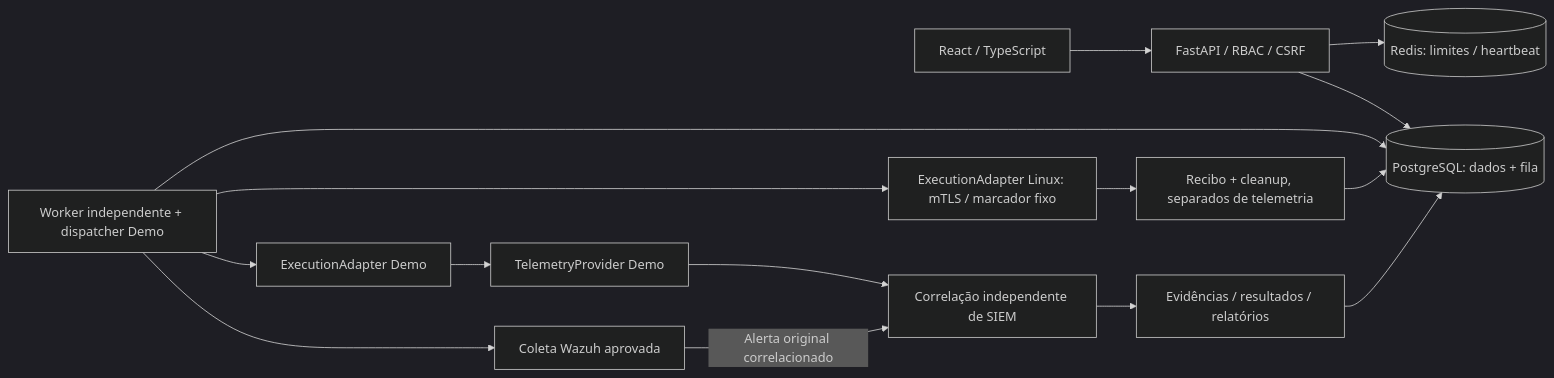
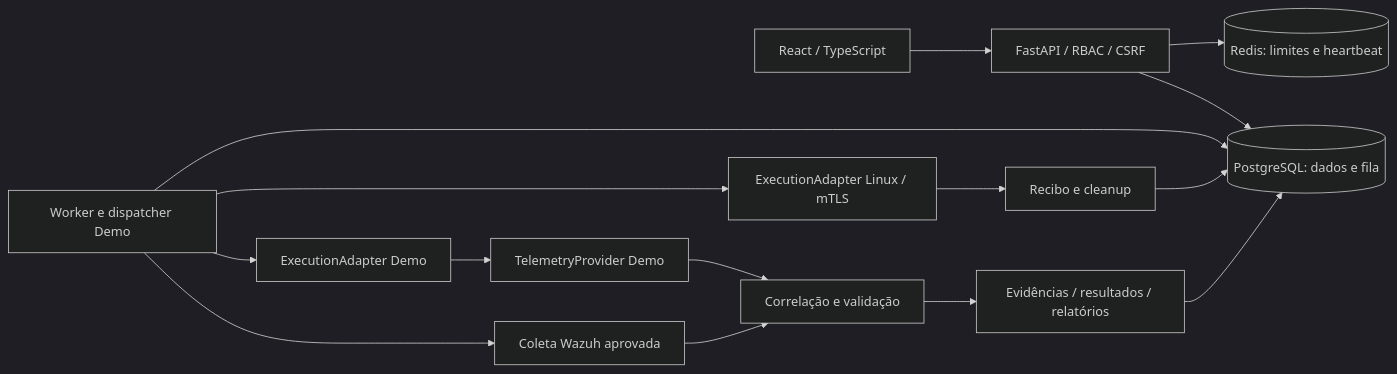
One commit to Buraddomoon/AEGIS changed the diagram in README.md. Above: the diagram before and after it, drawn with Mermaid (dark theme). The commit also changed other lines of this file and 2 other files, not shown here.

````diff
--- a/README.md
+++ b/README.md
@@ -141,17 +112,17 @@
 ```mermaid
 flowchart LR
   Browser[React / TypeScript] --> API[FastAPI / RBAC / CSRF]
-  API --> DB[(PostgreSQL: dados + fila)]
-  API --> Redis[(Redis: limites / heartbeat)]
-  Worker[Worker independente + dispatcher Demo] --> DB
+  API --> DB[(PostgreSQL: dados e fila)]
+  API --> Redis[(Redis: limites e heartbeat)]
+  Worker[Worker e dispatcher Demo] --> DB
   Worker --> Demo[ExecutionAdapter Demo]
-  Worker --> Linux[ExecutionAdapter Linux: mTLS / marcador fixo]
-  Linux --> Receipts[Recibo + cleanup, separados de telemetria]
+  Worker --> Linux[ExecutionAdapter Linux / mTLS]
+  Linux --> Receipts[Recibo e cleanup]
   Receipts --> DB
   Demo --> Telemetry[TelemetryProvider Demo]
-  Telemetry --> Validate[Correlação independente de SIEM]
+  Worker --> Wazuh[Coleta Wazuh aprovada]
+  Telemetry --> Validate[Correlação e validação]
+  Wazuh --> Validate
   Validate --> Evidence[Evidências / resultados / relatórios]
   Evidence --> DB
-  Worker --> Wazuh[Coleta Wazuh aprovada]
-  Wazuh -->|Alerta original correlacionado| Validate
 ```
````
